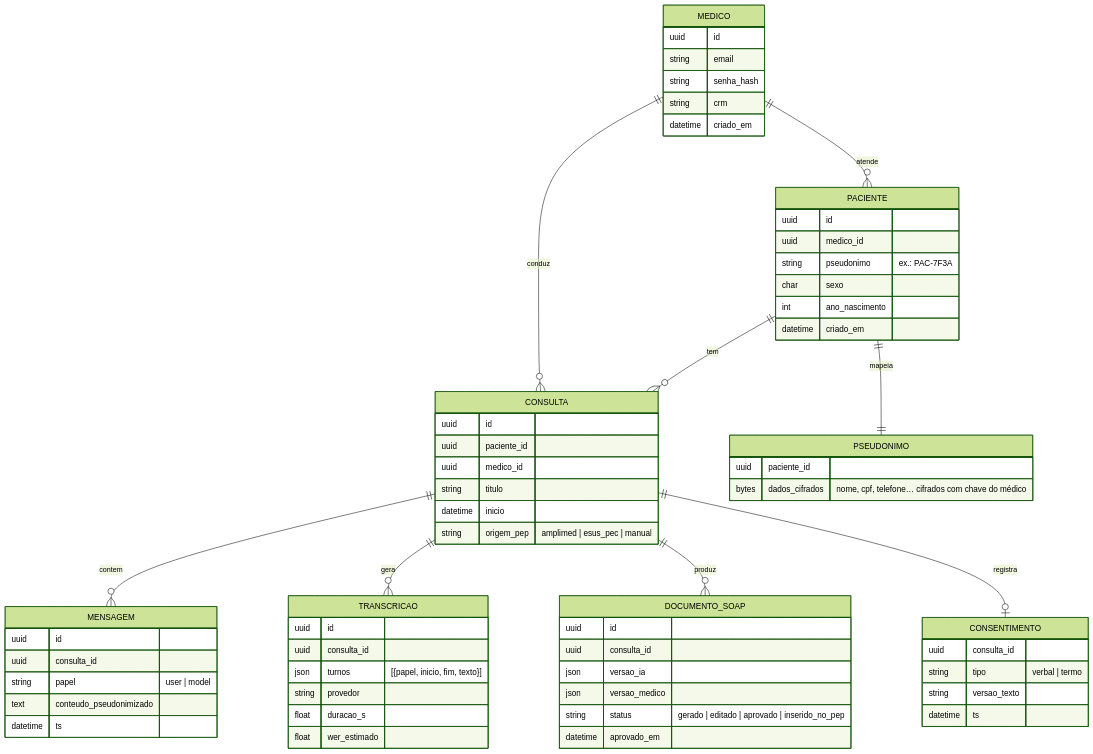
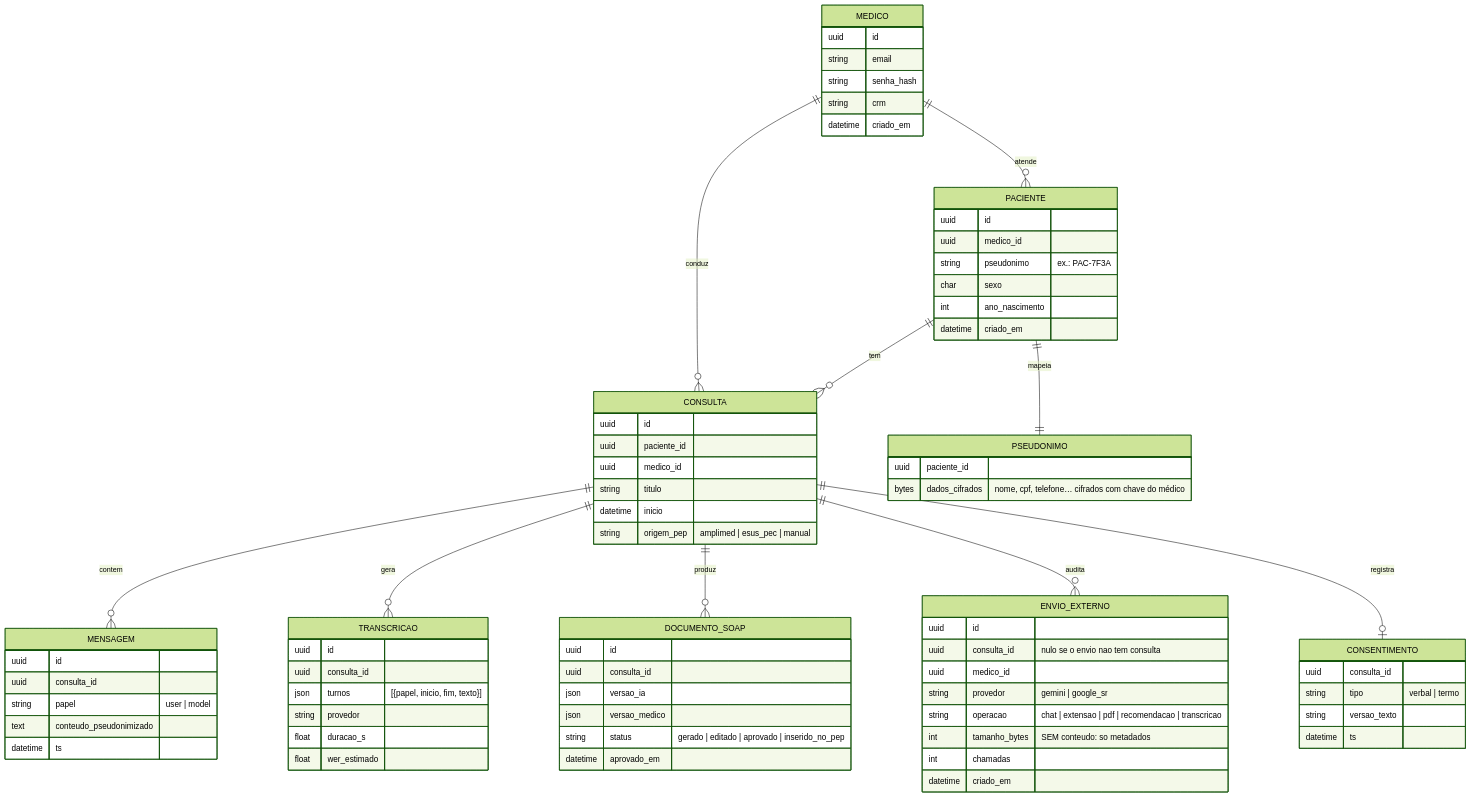
The second of 3 diagrams in docs/05-arquitetura-v5.md (ruypontes/copilot-medico), drawn with Mermaid (forest theme) before and after one commit. The commit also changed other lines of this file and 4 other files, not shown here.

````diff
--- a/docs/05-arquitetura-v5.md
+++ b/docs/05-arquitetura-v5.md
@@ -72,67 +72,78 @@
 ```mermaid
 erDiagram
     MEDICO ||--o{ PACIENTE : atende
     MEDICO ||--o{ CONSULTA : conduz
     PACIENTE ||--o{ CONSULTA : tem
     CONSULTA ||--o{ MENSAGEM : contem
     CONSULTA ||--o{ TRANSCRICAO : gera
     CONSULTA ||--o{ DOCUMENTO_SOAP : produz
+    CONSULTA ||--o{ ENVIO_EXTERNO : audita
     CONSULTA ||--o| CONSENTIMENTO : registra
     PACIENTE ||--|| PSEUDONIMO : mapeia
     MEDICO {
         uuid id
         string email
         string senha_hash
         string crm
         datetime criado_em
     }
     PACIENTE {
         uuid id
         uuid medico_id
         string pseudonimo "ex.: PAC-7F3A"
         char sexo
         int ano_nascimento
         datetime criado_em
     }
     PSEUDONIMO {
         uuid paciente_id
         bytes dados_cifrados "nome, cpf, telefone… cifrados com chave do médico"
     }
     CONSULTA {
         uuid id
         uuid paciente_id
         uuid medico_id
         string titulo
         datetime inicio
         string origem_pep "amplimed | esus_pec | manual"
     }
     MENSAGEM {
         uuid id
         uuid consulta_id
         string papel "user | model"
         text conteudo_pseudonimizado
         datetime ts
     }
     TRANSCRICAO {
         uuid id
         uuid consulta_id
         json turnos "[{papel, inicio, fim, texto}]"
         string provedor
         float duracao_s
         float wer_estimado
     }
+    ENVIO_EXTERNO {
+        uuid id
+        uuid consulta_id "nulo se o envio nao tem consulta"
+        uuid medico_id
+        string provedor "gemini | google_sr"
+        string operacao "chat | extensao | pdf | recomendacao | transcricao"
+        int tamanho_bytes "SEM conteudo: so metadados"
+        int chamadas
+        datetime criado_em
+    }
     DOCUMENTO_SOAP {
         uuid id
         uuid consulta_id
         json versao_ia
         json versao_medico
         string status "gerado | editado | aprovado | inserido_no_pep"
         datetime aprovado_em
     }
     CONSENTIMENTO {
         uuid consulta_id
         string tipo "verbal | termo"
         string versao_texto
         datetime ts
     }
 ```
````
